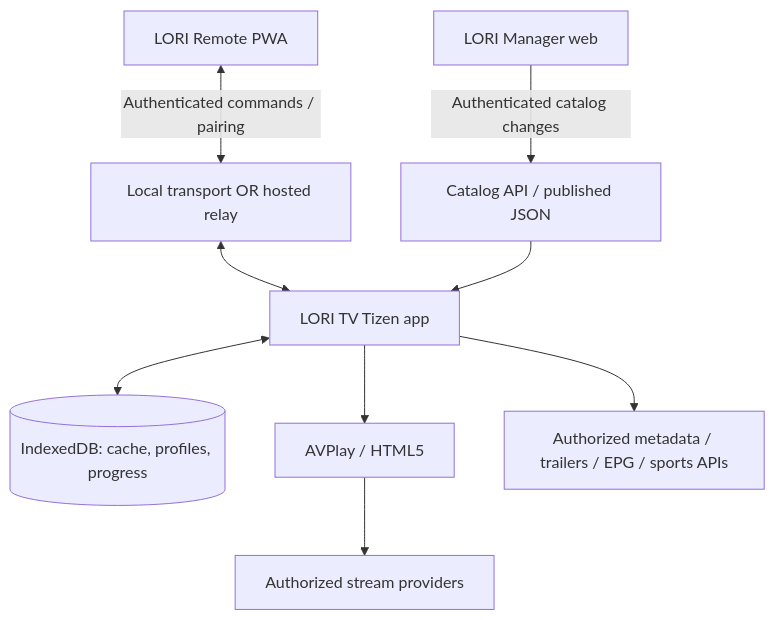
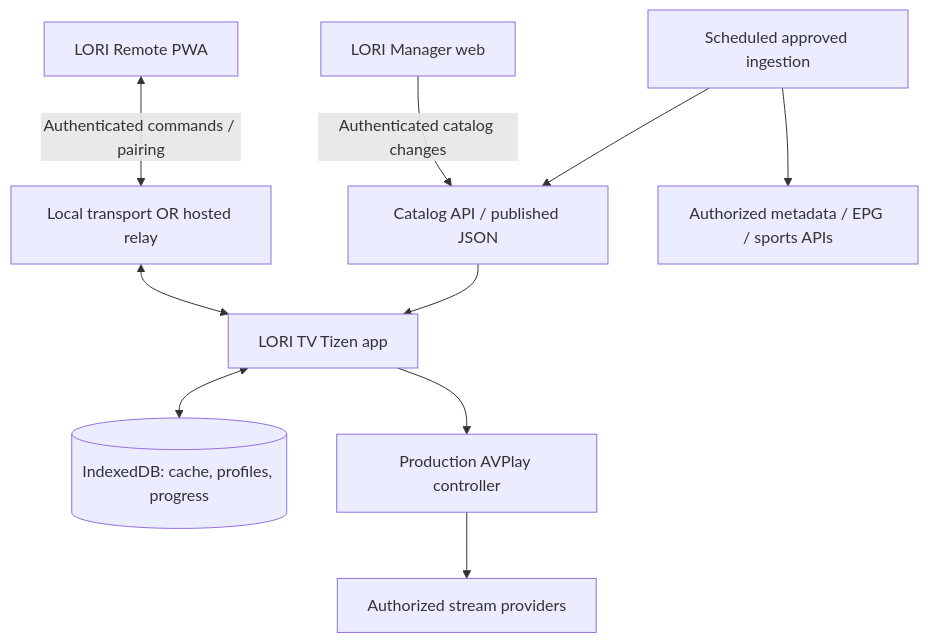
The diagram in docs/ARCHITECTURE.md (LorencBzhetaj/tv), drawn with Mermaid before and after one commit. The commit also changed other lines of this file and 8 other files, not shown here.

Commit message:
docs(architecture): approve free-first content engine design

````diff
--- a/docs/ARCHITECTURE.md
+++ b/docs/ARCHITECTURE.md
@@ -7,11 +7,12 @@
 ```mermaid
 flowchart TD
   Phone[LORI Remote PWA] <-->|Authenticated commands / pairing| Link[Local transport OR hosted relay]
   Link <--> TV[LORI TV Tizen app]
   Admin[LORI Manager web] -->|Authenticated catalog changes| Catalog[Catalog API / published JSON]
   Catalog --> TV
   TV <--> Local[(IndexedDB: cache, profiles, progress)]
-  TV --> Player[AVPlay / HTML5]
+  Publisher[Scheduled approved ingestion] --> Catalog
+  TV --> Player[Production AVPlay controller]
   Player --> Sources[Authorized stream providers]
-  TV --> Metadata[Authorized metadata / trailers / EPG / sports APIs]
+  Publisher --> Metadata[Authorized metadata / EPG / sports APIs]
 ```
````
